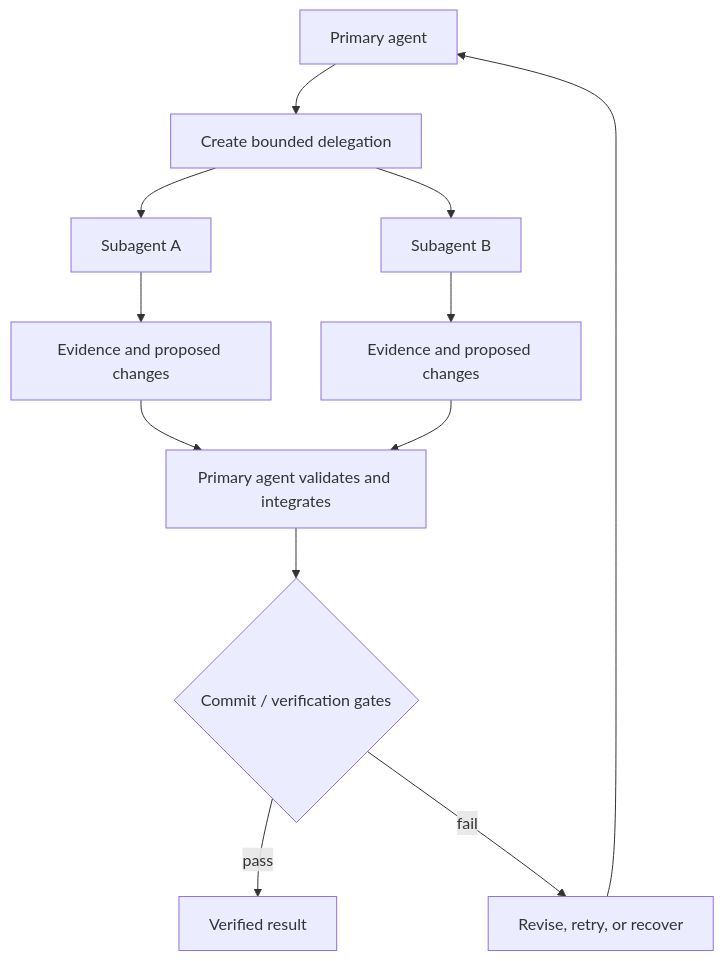
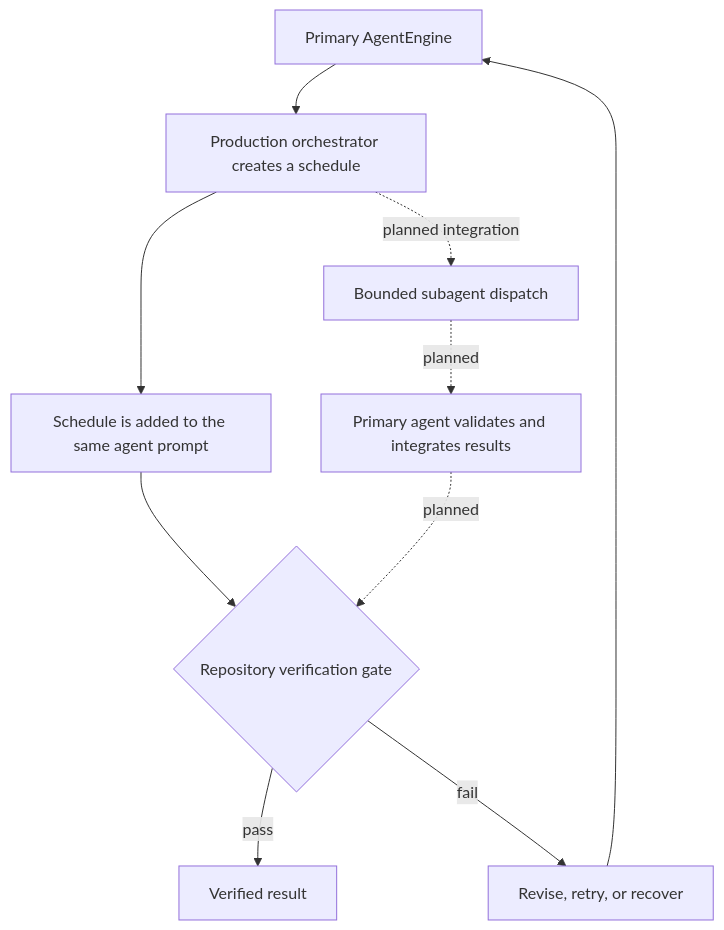
Before and after one commit to benclawbot/Medusa: the third of 5 diagrams in docs/ARCHITECTURE.md, drawn with Mermaid. The commit also changed other lines of this file, not shown here.

Commit message:
Correct architecture capability status

````diff
--- a/docs/ARCHITECTURE.md
+++ b/docs/ARCHITECTURE.md
@@ -72,14 +72,12 @@
 ```mermaid
 flowchart TD
-    P[Primary agent] --> D[Create bounded delegation]
-    D --> S1[Subagent A]
-    D --> S2[Subagent B]
-    S1 --> E1[Evidence and proposed changes]
-    S2 --> E2[Evidence and proposed changes]
-    E1 --> I[Primary agent validates and integrates]
-    E2 --> I
-    I --> G{Commit / verification gates}
+    P[Primary AgentEngine] --> S[Production orchestrator creates a schedule]
+    S --> E[Schedule is added to the same agent prompt]
+    E --> G{Repository verification gate}
     G -->|pass| Done[Verified result]
     G -->|fail| Fix[Revise, retry, or recover]
     Fix --> P
+    S -. planned integration .-> D[Bounded subagent dispatch]
+    D -. planned .-> I[Primary agent validates and integrates results]
+    I -. planned .-> G
 ```
````
